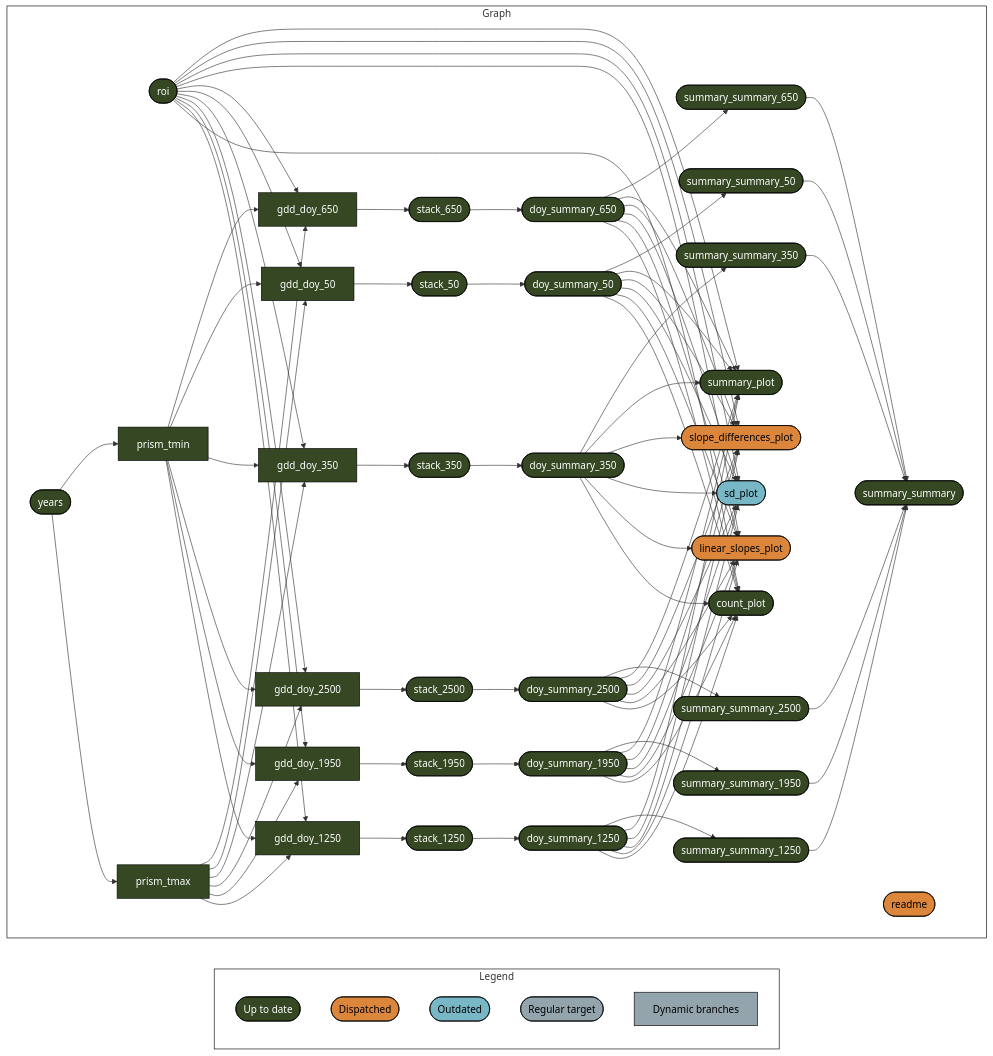
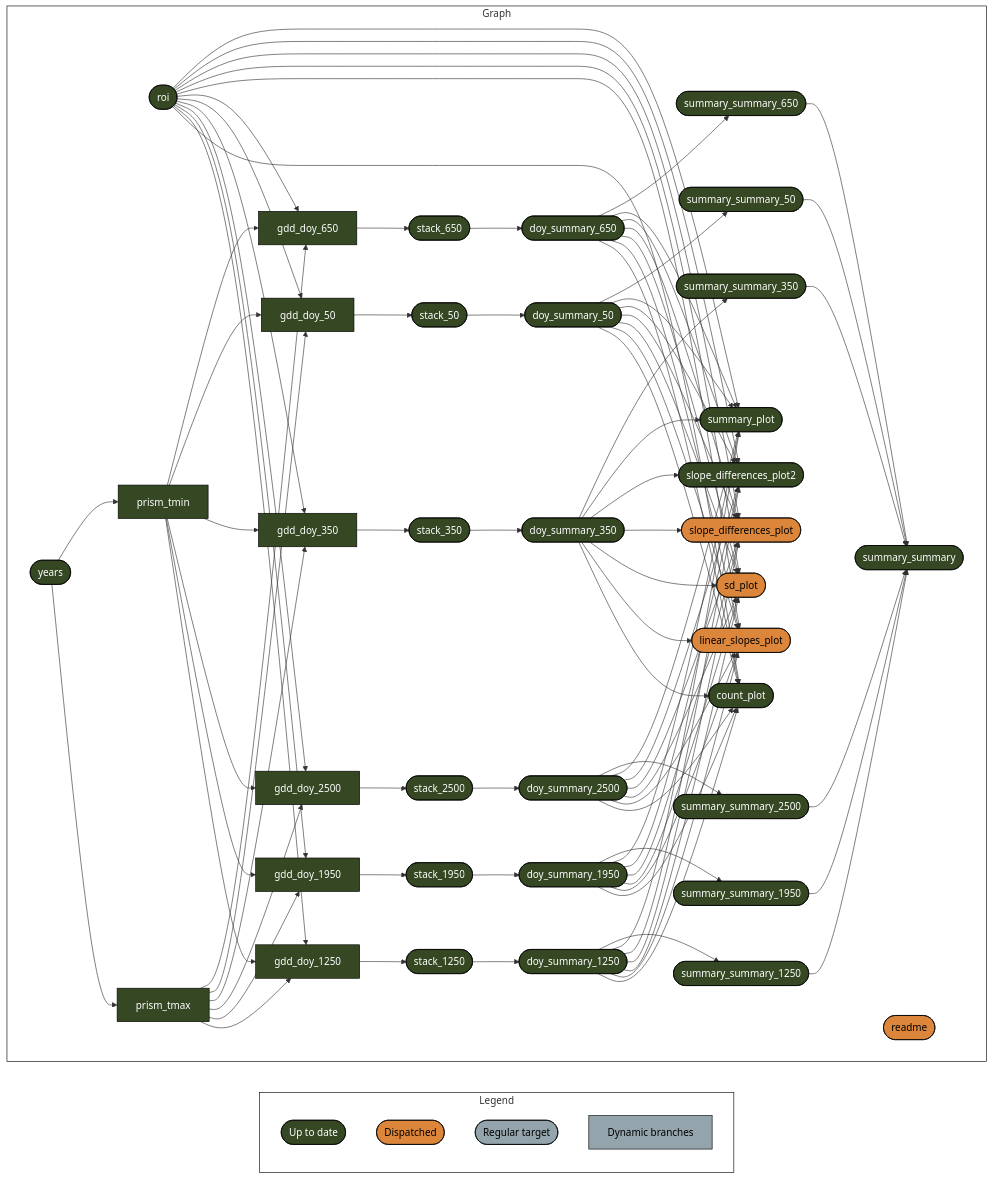
The diagram in README.md (usa-npn/thermal-trends), drawn with Mermaid before and after one commit. The commit also changed other lines of this file and 2 other files, not shown here.

Commit message:
add doi to readme and citation.cff

````diff
--- a/README.md
+++ b/README.md
@@ -55,18 +56,17 @@
   subgraph Legend
     xf1522833a4d242c5(["Up to date"]):::uptodate
     xb6630624a7b3aa0f(["Dispatched"]):::dispatched
-    x2db1ec7a48f65a9b(["Outdated"]):::outdated
     xd03d7c7dd2ddda2b(["Regular target"]):::none
     x6f7e04ea3427f824["Dynamic branches"]:::none
   end
   subgraph Graph
     direction LR
-    xc884cdd4fb17c69f(["doy_summary_1950"]):::uptodate --> x11c2bf776c83b19c(["count_plot"]):::uptodate
     xd187396e35b9df6a(["doy_summary_2500"]):::uptodate --> x11c2bf776c83b19c(["count_plot"]):::uptodate
     xe3bc9075e32f80ca(["doy_summary_350"]):::uptodate --> x11c2bf776c83b19c(["count_plot"]):::uptodate
+    xe7a2595a28ea2e04(["doy_summary_1250"]):::uptodate --> x11c2bf776c83b19c(["count_plot"]):::uptodate
+    xdc621d8734e6de6d(["doy_summary_50"]):::uptodate --> x11c2bf776c83b19c(["count_plot"]):::uptodate
     x73ccc223e5bb7e64(["roi"]):::uptodate --> x11c2bf776c83b19c(["count_plot"]):::uptodate
-    xdc621d8734e6de6d(["doy_summary_50"]):::uptodate --> x11c2bf776c83b19c(["count_plot"]):::uptodate
-    xe7a2595a28ea2e04(["doy_summary_1250"]):::uptodate --> x11c2bf776c83b19c(["count_plot"]):::uptodate
+    xc884cdd4fb17c69f(["doy_summary_1950"]):::uptodate --> x11c2bf776c83b19c(["count_plot"]):::uptodate
     xd36e999b706381d6(["doy_summary_650"]):::uptodate --> x11c2bf776c83b19c(["count_plot"]):::uptodate
     x3290bd5727894db5(["stack_1250"]):::uptodate --> xe7a2595a28ea2e04(["doy_summary_1250"]):::uptodate
     x8aa20a6b22429bc6(["stack_1950"]):::uptodate --> xc884cdd4fb17c69f(["doy_summary_1950"]):::uptodate
@@ -74,47 +74,54 @@
     xc842f879425cacb9(["stack_350"]):::uptodate --> xe3bc9075e32f80ca(["doy_summary_350"]):::uptodate
     xff5a5197cb4eb936(["stack_50"]):::uptodate --> xdc621d8734e6de6d(["doy_summary_50"]):::uptodate
     x98420a84329bc56b(["stack_650"]):::uptodate --> xd36e999b706381d6(["doy_summary_650"]):::uptodate
-    x73ccc223e5bb7e64(["roi"]):::uptodate --> xc8e128aab3cd4a9e["gdd_doy_1250"]:::uptodate
     xb76c0bbea0c751b0["prism_tmax"]:::uptodate --> xc8e128aab3cd4a9e["gdd_doy_1250"]:::uptodate
     xcaf68fce9acaa5b6["prism_tmin"]:::uptodate --> xc8e128aab3cd4a9e["gdd_doy_1250"]:::uptodate
+    x73ccc223e5bb7e64(["roi"]):::uptodate --> xc8e128aab3cd4a9e["gdd_doy_1250"]:::uptodate
+    x73ccc223e5bb7e64(["roi"]):::uptodate --> x2fee061101c79ea2["gdd_doy_1950"]:::uptodate
     xb76c0bbea0c751b0["prism_tmax"]:::uptodate --> x2fee061101c79ea2["gdd_doy_1950"]:::uptodate
     xcaf68fce9acaa5b6["prism_tmin"]:::uptodate --> x2fee061101c79ea2["gdd_doy_1950"]:::uptodate
-    x73ccc223e5bb7e64(["roi"]):::uptodate --> x2fee061101c79ea2["gdd_doy_1950"]:::uptodate
+    xb76c0bbea0c751b0["prism_tmax"]:::uptodate --> x28c62ae9542e7849["gdd_doy_2500"]:::uptodate
     xcaf68fce9acaa5b6["prism_tmin"]:::uptodate --> x28c62ae9542e7849["gdd_doy_2500"]:::uptodate
-    xb76c0bbea0c751b0["prism_tmax"]:::uptodate --> x28c62ae9542e7849["gdd_doy_2500"]:::uptodate
     x73ccc223e5bb7e64(["roi"]):::uptodate --> x28c62ae9542e7849["gdd_doy_2500"]:::uptodate
     x73ccc223e5bb7e64(["roi"]):::uptodate --> x2d1ead242fc1f865["gdd_doy_350"]:::uptodate
     xb76c0bbea0c751b0["prism_tmax"]:::uptodate --> x2d1ead242fc1f865["gdd_doy_350"]:::uptodate
     xcaf68fce9acaa5b6["prism_tmin"]:::uptodate --> x2d1ead242fc1f865["gdd_doy_350"]:::uptodate
+    xcaf68fce9acaa5b6["prism_tmin"]:::uptodate --> x786a1a0a06ddc553["gdd_doy_50"]:::uptodate
     x73ccc223e5bb7e64(["roi"]):::uptodate --> x786a1a0a06ddc553["gdd_doy_50"]:::uptodate
-    xcaf68fce9acaa5b6["prism_tmin"]:::uptodate --> x786a1a0a06ddc553["gdd_doy_50"]:::uptodate
     xb76c0bbea0c751b0["prism_tmax"]:::uptodate --> x786a1a0a06ddc553["gdd_doy_50"]:::uptodate
+    xb76c0bbea0c751b0["prism_tmax"]:::uptodate --> x6672cfab7f0558ba["gdd_doy_650"]:::uptodate
     x73ccc223e5bb7e64(["roi"]):::uptodate --> x6672cfab7f0558ba["gdd_doy_650"]:::uptodate
     xcaf68fce9acaa5b6["prism_tmin"]:::uptodate --> x6672cfab7f0558ba["gdd_doy_650"]:::uptodate
-    xb76c0bbea0c751b0["prism_tmax"]:::uptodate --> x6672cfab7f0558ba["gdd_doy_650"]:::uptodate
+    x73ccc223e5bb7e64(["roi"]):::uptodate --> x9a95e37bbec60034(["linear_slopes_plot"]):::dispatched
+    xdc621d8734e6de6d(["doy_summary_50"]):::uptodate --> x9a95e37bbec60034(["linear_slopes_plot"]):::dispatched
+    xc884cdd4fb17c69f(["doy_summary_1950"]):::uptodate --> x9a95e37bbec60034(["linear_slopes_plot"]):::dispatched
+    xe3bc9075e32f80ca(["doy_summary_350"]):::uptodate --> x9a95e37bbec60034(["linear_slopes_plot"]):::dispatched
+    xd187396e35b9df6a(["doy_summary_2500"]):::uptodate --> x9a95e37bbec60034(["linear_slopes_plot"]):::dispatched
     xe7a2595a28ea2e04(["doy_summary_1250"]):::uptodate --> x9a95e37bbec60034(["linear_slopes_plot"]):::dispatched
-    xc884cdd4fb17c69f(["doy_summary_1950"]):::uptodate --> x9a95e37bbec60034(["linear_slopes_plot"]):::dispatched
-    x73ccc223e5bb7e64(["roi"]):::uptodate --> x9a95e37bbec60034(["linear_slopes_plot"]):::dispatched
-    xd187396e35b9df6a(["doy_summary_2500"]):::uptodate --> x9a95e37bbec60034(["linear_slopes_plot"]):::dispatched
-    xe3bc9075e32f80ca(["doy_summary_350"]):::uptodate --> x9a95e37bbec60034(["linear_slopes_plot"]):::dispatched
-    xdc621d8734e6de6d(["doy_summary_50"]):::uptodate --> x9a95e37bbec60034(["linear_slopes_plot"]):::dispatched
     xd36e999b706381d6(["doy_summary_650"]):::uptodate --> x9a95e37bbec60034(["linear_slopes_plot"]):::dispatched
     xf9ac23fbc741da6f(["years"]):::uptodate --> xb76c0bbea0c751b0["prism_tmax"]:::uptodate
     xf9ac23fbc741da6f(["years"]):::uptodate --> xcaf68fce9acaa5b6["prism_tmin"]:::uptodate
-    xe3bc9075e32f80ca(["doy_summary_350"]):::uptodate --> x1a7be1bbbb0646ca(["sd_plot"]):::outdated
-    xe7a2595a28ea2e04(["doy_summary_1250"]):::uptodate --> x1a7be1bbbb0646ca(["sd_plot"]):::outdated
-    xc884cdd4fb17c69f(["doy_summary_1950"]):::uptodate --> x1a7be1bbbb0646ca(["sd_plot"]):::outdated
-    xd36e999b706381d6(["doy_summary_650"]):::uptodate --> x1a7be1bbbb0646ca(["sd_plot"]):::outdated
-    x73ccc223e5bb7e64(["roi"]):::uptodate --> x1a7be1bbbb0646ca(["sd_plot"]):::outdated
-    xdc621d8734e6de6d(["doy_summary_50"]):::uptodate --> x1a7be1bbbb0646ca(["sd_plot"]):::outdated
-    xd187396e35b9df6a(["doy_summary_2500"]):::uptodate --> x1a7be1bbbb0646ca(["sd_plot"]):::outdated
+    x73ccc223e5bb7e64(["roi"]):::uptodate --> x1a7be1bbbb0646ca(["sd_plot"]):::dispatched
+    xdc621d8734e6de6d(["doy_summary_50"]):::uptodate --> x1a7be1bbbb0646ca(["sd_plot"]):::dispatched
+    xe3bc9075e32f80ca(["doy_summary_350"]):::uptodate --> x1a7be1bbbb0646ca(["sd_plot"]):::dispatched
+    xd36e999b706381d6(["doy_summary_650"]):::uptodate --> x1a7be1bbbb0646ca(["sd_plot"]):::dispatched
+    xd187396e35b9df6a(["doy_summary_2500"]):::uptodate --> x1a7be1bbbb0646ca(["sd_plot"]):::dispatched
+    xe7a2595a28ea2e04(["doy_summary_1250"]):::uptodate --> x1a7be1bbbb0646ca(["sd_plot"]):::dispatched
+    xc884cdd4fb17c69f(["doy_summary_1950"]):::uptodate --> x1a7be1bbbb0646ca(["sd_plot"]):::dispatched
     xe7a2595a28ea2e04(["doy_summary_1250"]):::uptodate --> x37fe5b550c0a1008(["slope_differences_plot"]):::dispatched
+    xd187396e35b9df6a(["doy_summary_2500"]):::uptodate --> x37fe5b550c0a1008(["slope_differences_plot"]):::dispatched
+    xdc621d8734e6de6d(["doy_summary_50"]):::uptodate --> x37fe5b550c0a1008(["slope_differences_plot"]):::dispatched
     xe3bc9075e32f80ca(["doy_summary_350"]):::uptodate --> x37fe5b550c0a1008(["slope_differences_plot"]):::dispatched
+    xd36e999b706381d6(["doy_summary_650"]):::uptodate --> x37fe5b550c0a1008(["slope_differences_plot"]):::dispatched
     x73ccc223e5bb7e64(["roi"]):::uptodate --> x37fe5b550c0a1008(["slope_differences_plot"]):::dispatched
-    xdc621d8734e6de6d(["doy_summary_50"]):::uptodate --> x37fe5b550c0a1008(["slope_differences_plot"]):::dispatched
-    xd36e999b706381d6(["doy_summary_650"]):::uptodate --> x37fe5b550c0a1008(["slope_differences_plot"]):::dispatched
     xc884cdd4fb17c69f(["doy_summary_1950"]):::uptodate --> x37fe5b550c0a1008(["slope_differences_plot"]):::dispatched
-    xd187396e35b9df6a(["doy_summary_2500"]):::uptodate --> x37fe5b550c0a1008(["slope_differences_plot"]):::dispatched
+    xdc621d8734e6de6d(["doy_summary_50"]):::uptodate --> x22c8556705f3acc9(["slope_differences_plot2"]):::uptodate
+    x73ccc223e5bb7e64(["roi"]):::uptodate --> x22c8556705f3acc9(["slope_differences_plot2"]):::uptodate
+    xd187396e35b9df6a(["doy_summary_2500"]):::uptodate --> x22c8556705f3acc9(["slope_differences_plot2"]):::uptodate
+    xe7a2595a28ea2e04(["doy_summary_1250"]):::uptodate --> x22c8556705f3acc9(["slope_differences_plot2"]):::uptodate
+    xe3bc9075e32f80ca(["doy_summary_350"]):::uptodate --> x22c8556705f3acc9(["slope_differences_plot2"]):::uptodate
+    xd36e999b706381d6(["doy_summary_650"]):::uptodate --> x22c8556705f3acc9(["slope_differences_plot2"]):::uptodate
+    xc884cdd4fb17c69f(["doy_summary_1950"]):::uptodate --> x22c8556705f3acc9(["slope_differences_plot2"]):::uptodate
     xc8e128aab3cd4a9e["gdd_doy_1250"]:::uptodate --> x3290bd5727894db5(["stack_1250"]):::uptodate
     x2fee061101c79ea2["gdd_doy_1950"]:::uptodate --> x8aa20a6b22429bc6(["stack_1950"]):::uptodate
     x28c62ae9542e7849["gdd_doy_2500"]:::uptodate --> x9bfde4bdb66389ab(["stack_2500"]):::uptodate
@@ -122,11 +129,11 @@
     x786a1a0a06ddc553["gdd_doy_50"]:::uptodate --> xff5a5197cb4eb936(["stack_50"]):::uptodate
     x6672cfab7f0558ba["gdd_doy_650"]:::uptodate --> x98420a84329bc56b(["stack_650"]):::uptodate
     xe7a2595a28ea2e04(["doy_summary_1250"]):::uptodate --> x000fd996de9c9b5d(["summary_plot"]):::uptodate
+    xd187396e35b9df6a(["doy_summary_2500"]):::uptodate --> x000fd996de9c9b5d(["summary_plot"]):::uptodate
+    xdc621d8734e6de6d(["doy_summary_50"]):::uptodate --> x000fd996de9c9b5d(["summary_plot"]):::uptodate
     xc884cdd4fb17c69f(["doy_summary_1950"]):::uptodate --> x000fd996de9c9b5d(["summary_plot"]):::uptodate
+    x73ccc223e5bb7e64(["roi"]):::uptodate --> x000fd996de9c9b5d(["summary_plot"]):::uptodate
     xe3bc9075e32f80ca(["doy_summary_350"]):::uptodate --> x000fd996de9c9b5d(["summary_plot"]):::uptodate
-    x73ccc223e5bb7e64(["roi"]):::uptodate --> x000fd996de9c9b5d(["summary_plot"]):::uptodate
-    xdc621d8734e6de6d(["doy_summary_50"]):::uptodate --> x000fd996de9c9b5d(["summary_plot"]):::uptodate
-    xd187396e35b9df6a(["doy_summary_2500"]):::uptodate --> x000fd996de9c9b5d(["summary_plot"]):::uptodate
     xd36e999b706381d6(["doy_summary_650"]):::uptodate --> x000fd996de9c9b5d(["summary_plot"]):::uptodate
     x21512ad81bd47b85(["summary_summary_1250"]):::uptodate --> xeb07a0ecc48d018b(["summary_summary"]):::uptodate
     x22d1d76737e8c96c(["summary_summary_1950"]):::uptodate --> xeb07a0ecc48d018b(["summary_summary"]):::uptodate
@@ -144,6 +151,5 @@
   end
   classDef uptodate stroke:#000000,color:#ffffff,fill:#354823;
   classDef dispatched stroke:#000000,color:#000000,fill:#DC863B;
-  classDef outdated stroke:#000000,color:#000000,fill:#78B7C5;
   classDef none stroke:#000000,color:#000000,fill:#94a4ac;
 ```
````
